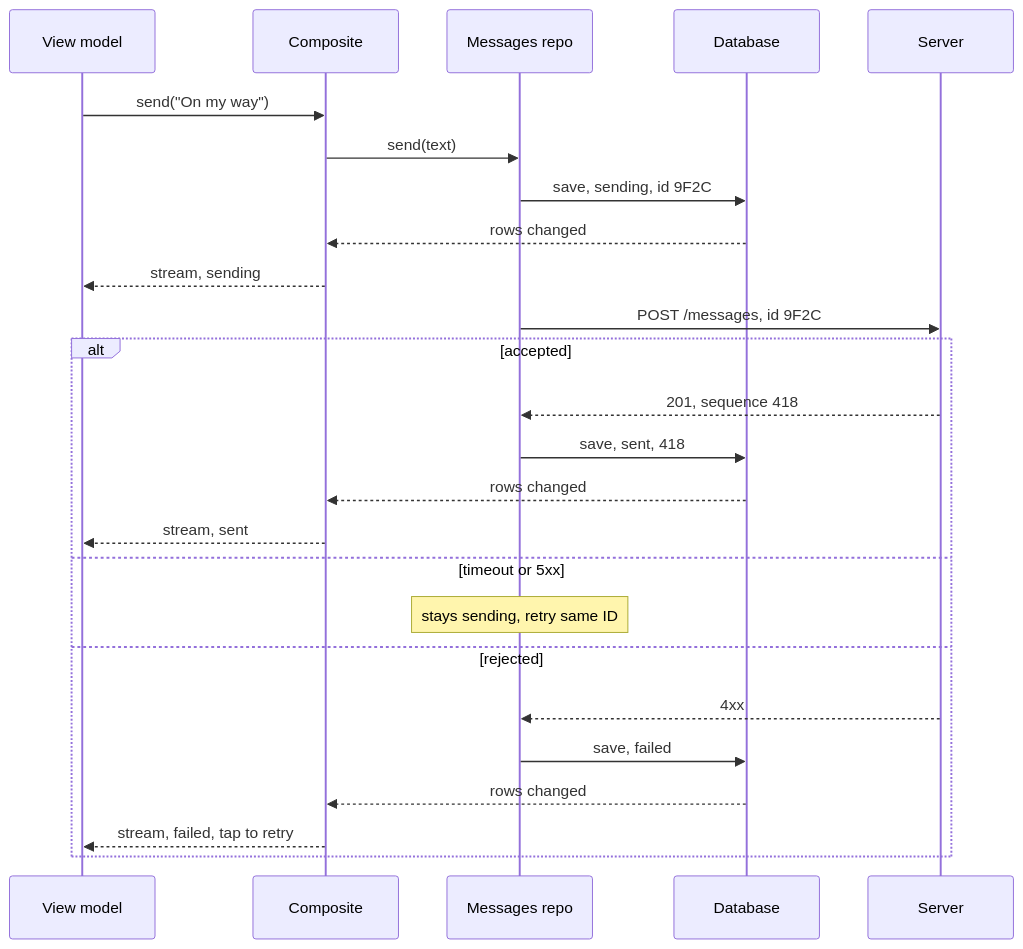
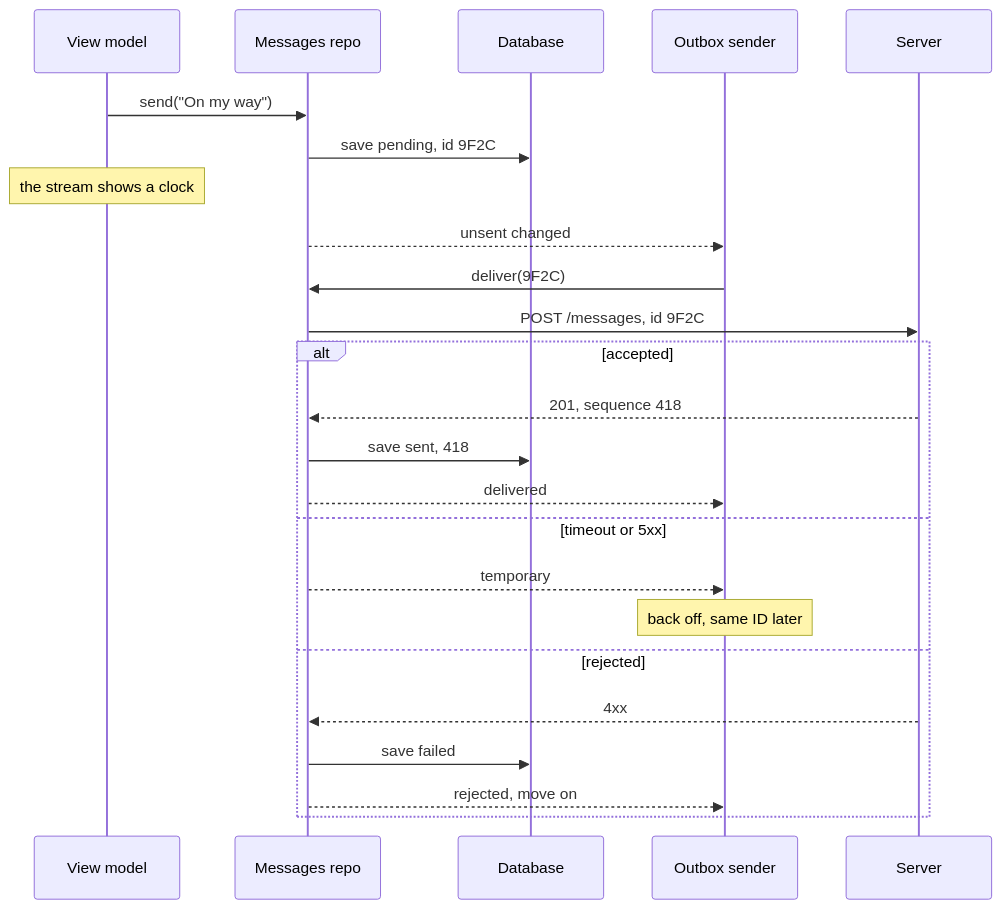
Before and after one commit to rezabina86/reference-desk: the third of 5 diagrams in topics/system-design/03-chat-client.md, drawn with Mermaid. The commit also changed other lines of this file and 19 other files, not shown here.

````diff
--- a/topics/system-design/03-chat-client.md
+++ b/topics/system-design/03-chat-client.md
@@ -359,27 +524,26 @@
 ```mermaid
 sequenceDiagram
   participant VM as View model
-  participant C as Composite
   participant M as Messages repo
   participant DB as Database
+  participant O as Outbox sender
   participant S as Server
-  VM->>C: send("On my way")
-  C->>M: send(text)
-  M->>DB: save, sending, id 9F2C
-  DB-->>C: rows changed
-  C-->>VM: stream, sending
+  VM->>M: send("On my way")
+  M->>DB: save pending, id 9F2C
+  Note over VM: the stream shows a clock
+  M-->>O: unsent changed
+  O->>M: deliver(9F2C)
   M->>S: POST /messages, id 9F2C
   alt accepted
     S-->>M: 201, sequence 418
-    M->>DB: save, sent, 418
-    DB-->>C: rows changed
-    C-->>VM: stream, sent
+    M->>DB: save sent, 418
+    M-->>O: delivered
   else timeout or 5xx
-    Note over M: stays sending, retry same ID
+    M-->>O: temporary
+    Note over O: back off, same ID later
   else rejected
     S-->>M: 4xx
-    M->>DB: save, failed
-    DB-->>C: rows changed
-    C-->>VM: stream, failed, tap to retry
+    M->>DB: save failed
+    M-->>O: rejected, move on
   end
 ```
````
